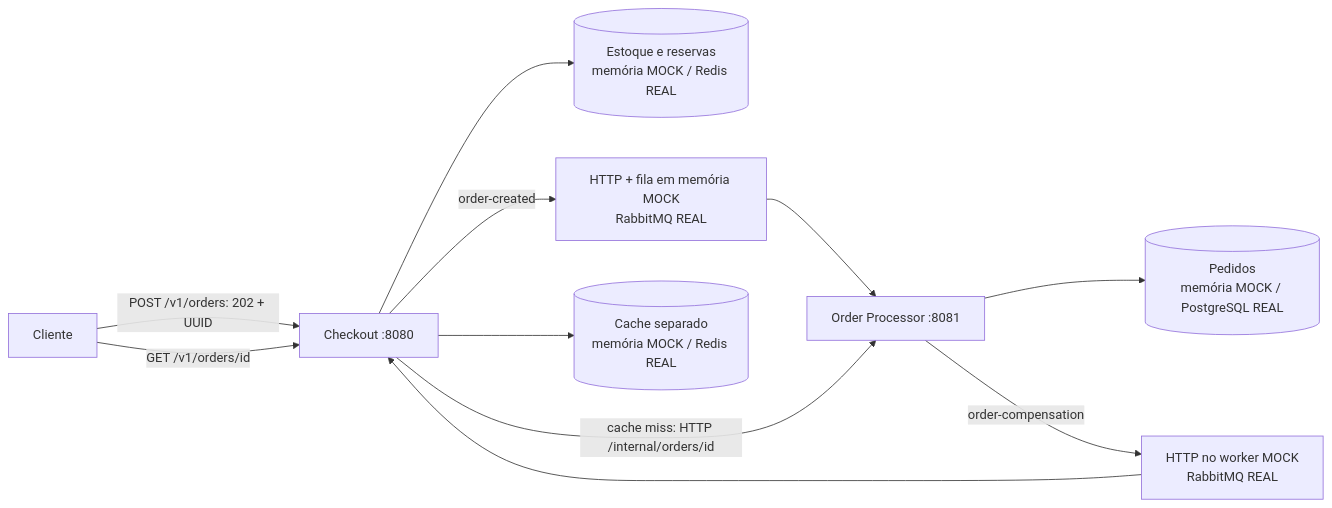
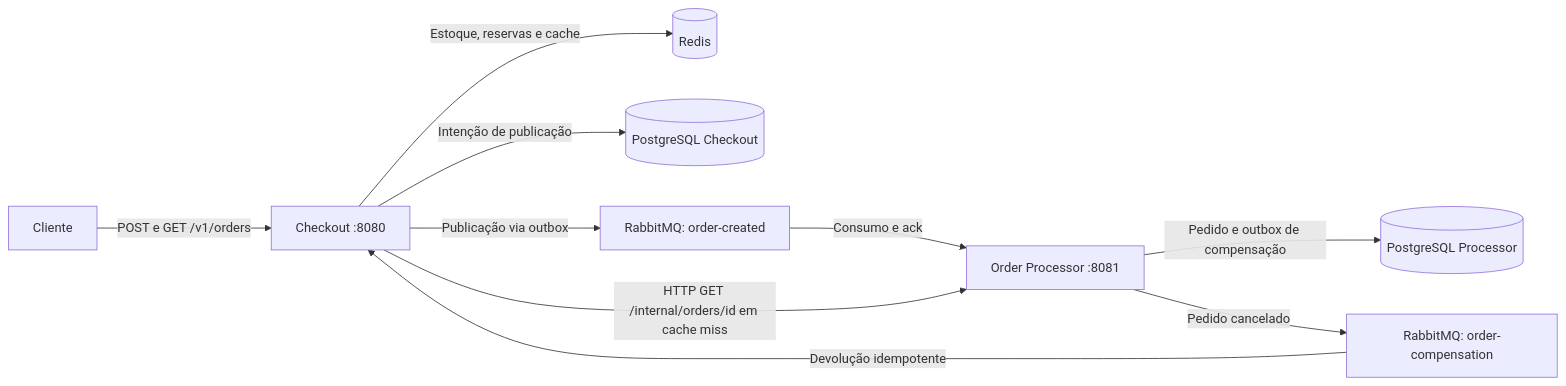
One commit to HelbertAguiar/projeto_final_flash_sale_rabbitmq changed the first of 2 diagrams in README.md. Above: the diagram before and after it, drawn with Mermaid. The commit also changed other lines of this file and 1 other file, not shown here.

````diff
--- a/README.md
+++ b/README.md
@@ -7,13 +67,12 @@
 ```mermaid
 flowchart LR
-    C[Cliente] -->|POST /v1/orders: 202 + UUID| CO[Checkout :8080]
-    CO --> S[(Estoque e reservas\nmemória MOCK / Redis REAL)]
-    CO -->|order-created| Q[HTTP + fila em memória MOCK\nRabbitMQ REAL]
-    Q --> OP[Order Processor :8081]
-    OP --> DB[(Pedidos\nmemória MOCK / PostgreSQL REAL)]
-    OP -->|order-compensation| QC[HTTP no worker MOCK\nRabbitMQ REAL]
-    QC --> CO
-    C -->|GET /v1/orders/id| CO
-    CO --> CA[(Cache separado\nmemória MOCK / Redis REAL)]
-    CO -->|cache miss: HTTP /internal/orders/id| OP
+    C["Cliente"] -->|"POST e GET /v1/orders"| CO["Checkout :8080"]
+    CO -->|"Estoque, reservas e cache"| R[("Redis")]
+    CO -->|"Intenção de publicação"| CDB[("PostgreSQL Checkout")]
+    CO -->|"Publicação via outbox"| Q["RabbitMQ: order-created"]
+    Q -->|"Consumo e ack"| OP["Order Processor :8081"]
+    OP -->|"Pedido e outbox de compensação"| ODB[("PostgreSQL Processor")]
+    OP -->|"Pedido cancelado"| QC["RabbitMQ: order-compensation"]
+    QC -->|"Devolução idempotente"| CO
+    CO -->|"HTTP GET /internal/orders/id em cache miss"| OP
 ```
````
